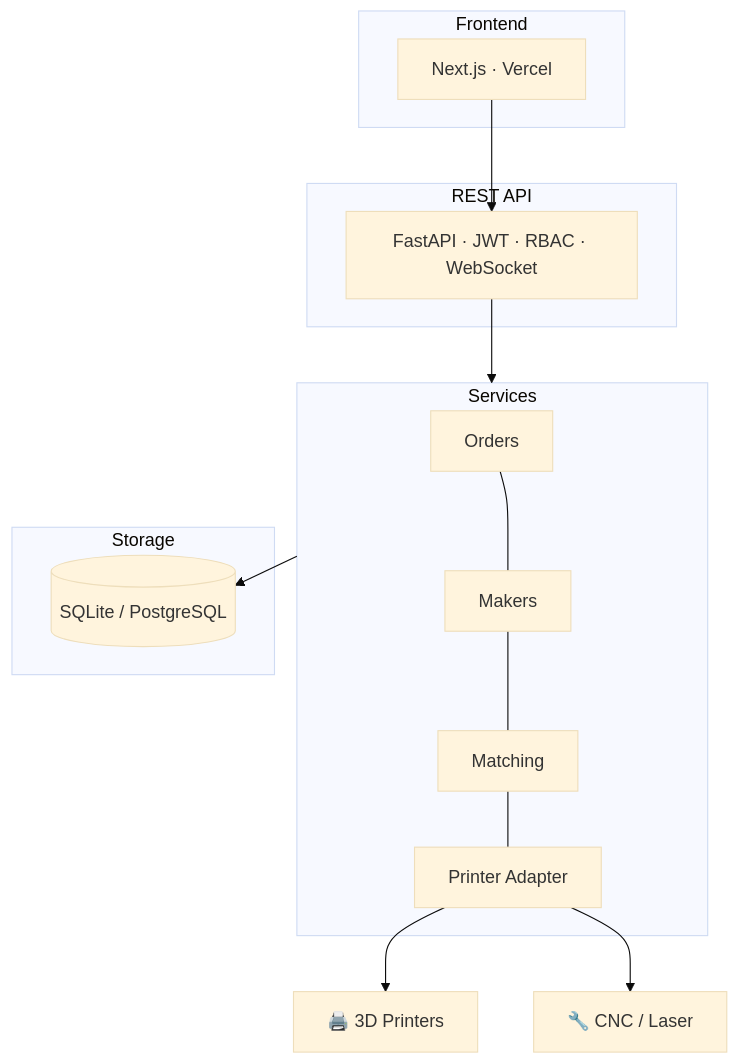
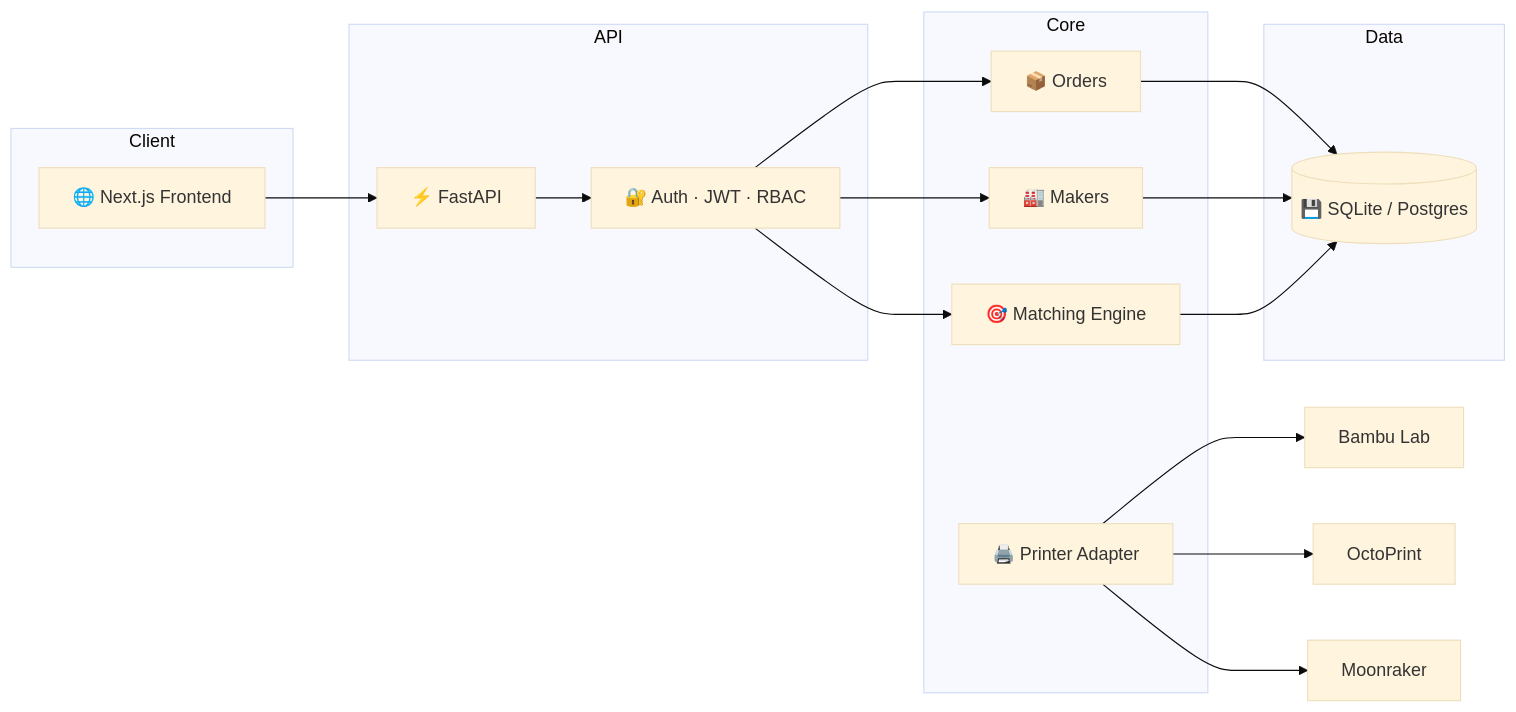
The diagram in README.md (brianzhibo-design/RealWorldClaw), drawn with Mermaid (base theme) before and after one commit. The commit also changed other lines of this file and 2 other files, not shown here.

````diff
--- a/README.md
+++ b/README.md
@@ -107,18 +113,25 @@
 ```mermaid
-graph TB
-    subgraph Frontend
-        A[Next.js · Vercel]
+graph LR
+    subgraph Client
+        A["🌐 Next.js Frontend"]
     end
-    subgraph API["REST API"]
-        B[FastAPI · JWT · RBAC · WebSocket]
+    subgraph API
+        B["⚡ FastAPI"]
+        B --> C["🔐 Auth · JWT · RBAC"]
     end
-    subgraph Services
-        C[Orders] --- D[Makers] --- E[Matching] --- F[Printer Adapter]
+    subgraph Core
+        D["📦 Orders"]
+        E["🏭 Makers"]
+        F["🎯 Matching Engine"]
+        G["🖨️ Printer Adapter"]
     end
-    subgraph Storage
-        G[(SQLite / PostgreSQL)]
+    subgraph Data
+        H[("💾 SQLite / Postgres")]
     end
-    A --> B --> Services --> G
-    F --> H[🖨️ 3D Printers]
-    F --> I[🔧 CNC / Laser]
+    A --> B
+    C --> D & E & F
+    D & E & F --> H
+    G --> I["Bambu Lab"]
+    G --> J["OctoPrint"]
+    G --> K["Moonraker"]
 ```
````
